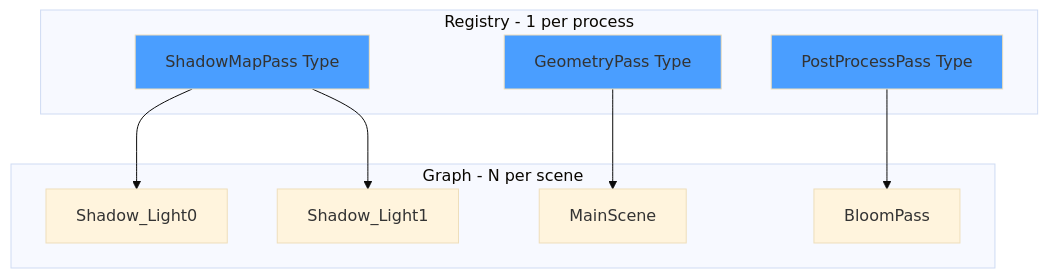
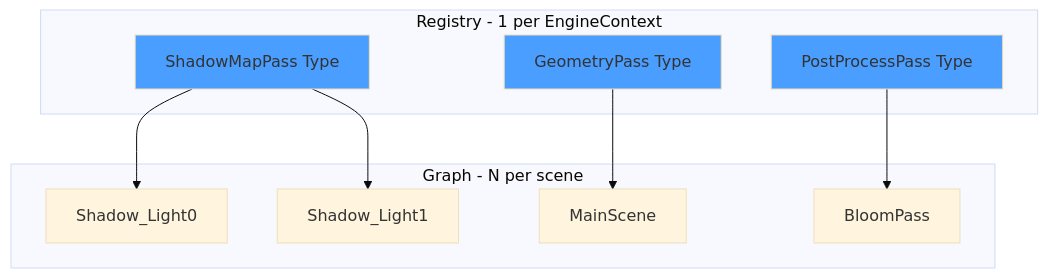
The first of 2 diagrams in VIXEN/Vixen-Docs/Libraries/RenderGraph.md (Lint111/VBVS--VIXEN), drawn with Mermaid (base theme) before and after one commit. The commit also changed other lines of this file and 2 other files, not shown here.

First line of the commit message:
docs(architecture): sync library docs with AR#8/#7 + AR#3/#4 changes

````diff
--- a/VIXEN/Vixen-Docs/Libraries/RenderGraph.md
+++ b/VIXEN/Vixen-Docs/Libraries/RenderGraph.md
@@ -22,24 +50,24 @@
 ```mermaid
 flowchart TB
-    subgraph Node Types [Registry - 1 per process]
+    subgraph Node Types [Registry - 1 per EngineContext]
         NT1[ShadowMapPass Type]
         NT2[GeometryPass Type]
         NT3[PostProcessPass Type]
     end
 
     subgraph Node Instances [Graph - N per scene]
         NI1[Shadow_Light0]
         NI2[Shadow_Light1]
         NI3[MainScene]
         NI4[BloomPass]
     end
 
     NT1 --> NI1
     NT1 --> NI2
     NT2 --> NI3
     NT3 --> NI4
 
     style NT1 fill:#4a9eff
     style NT2 fill:#4a9eff
     style NT3 fill:#4a9eff
 ```
````
